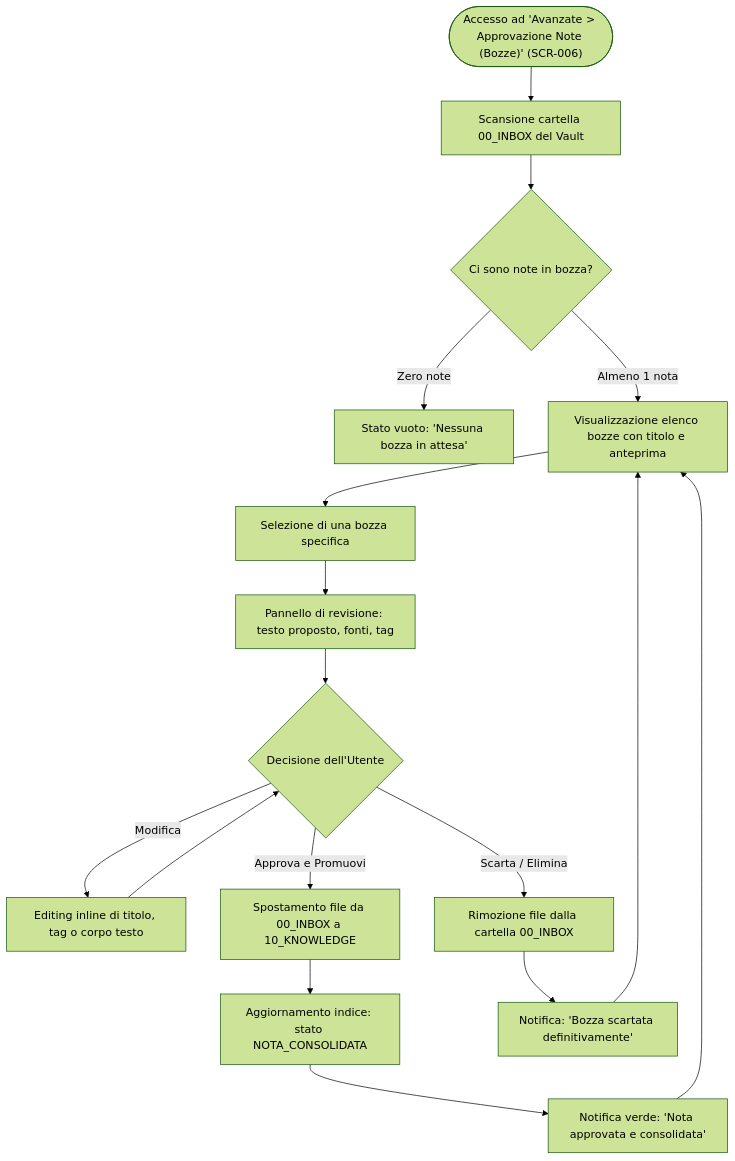
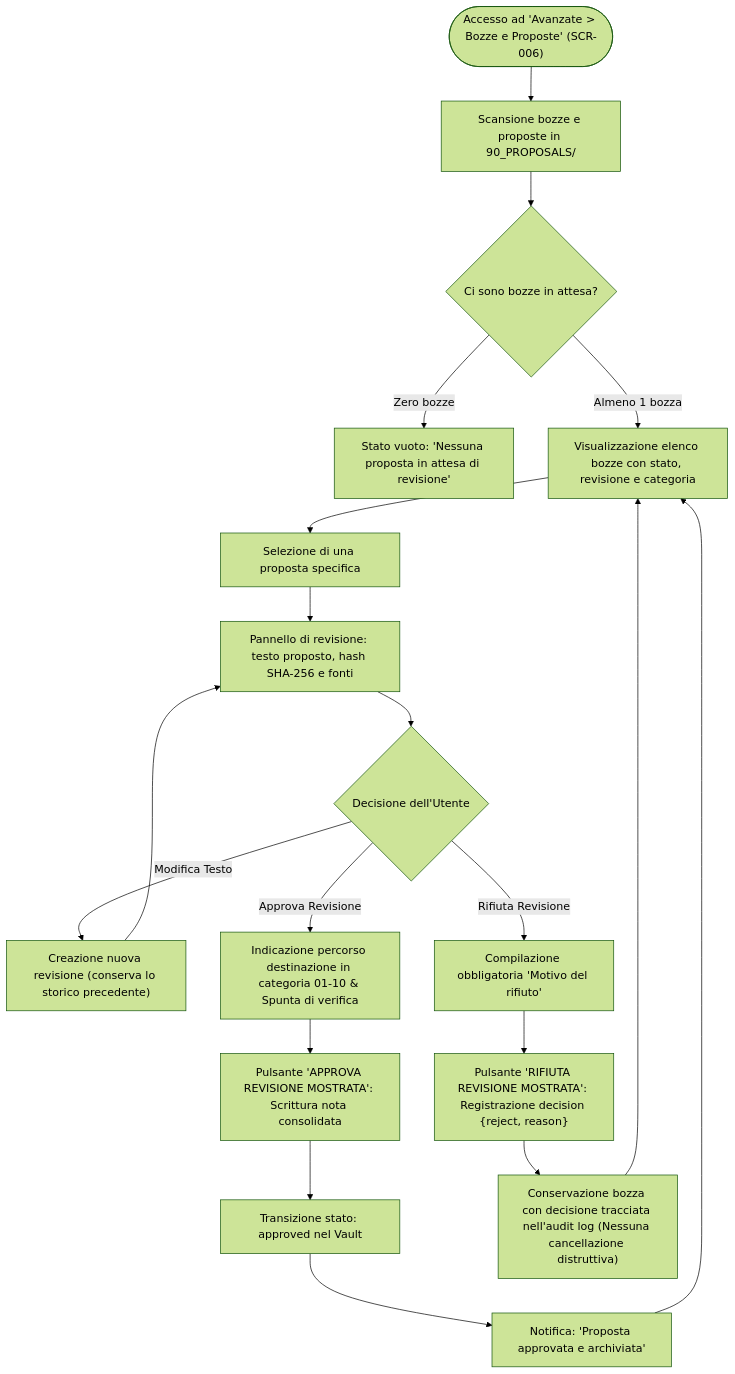
One commit to Arkai-Italia/Limen-vault changed the eighth of 18 diagrams in DOCUMENTATION_SOURCE_PACKAGE/10_EXPORT/ALL_MERMAID_SOURCES.md. Above: the diagram before and after it, drawn with Mermaid (forest theme). The commit also changed other lines of this file and 41 other files, not shown here.

````diff
--- a/DOCUMENTATION_SOURCE_PACKAGE/10_EXPORT/ALL_MERMAID_SOURCES.md
+++ b/DOCUMENTATION_SOURCE_PACKAGE/10_EXPORT/ALL_MERMAID_SOURCES.md
@@ -317,25 +315,27 @@
 ```mermaid
 graph TD
-    Trigger(["Accesso ad 'Avanzate > Approvazione Note (Bozze)' (SCR-006)"]) --> ScanInbox["Scansione cartella 00_INBOX del Vault"]
-    ScanInbox --> CheckCount{"Ci sono note in bozza?"}
-    
-    CheckCount -->|Zero note| EmptyInbox["Stato vuoto: 'Nessuna bozza in attesa'"]
-    CheckCount -->|Almeno 1 nota| ListDrafts["Visualizzazione elenco bozze con titolo e anteprima"]
+    Trigger(["Accesso ad 'Avanzate > Bozze e Proposte' (SCR-006)"]) --> ScanProposals["Scansione bozze e proposte in 90_PROPOSALS/"]
+    ScanProposals --> CheckCount{"Ci sono bozze in attesa?"}
 
-    ListDrafts --> SelectDraft["Selezione di una bozza specifica"]
-    SelectDraft --> InspectDraft["Pannello di revisione: testo proposto, fonti, tag"]
-    
-    InspectDraft --> Decision{"Decisione dell'Utente"}
-    
-    Decision -->|Modifica| EditMode["Editing inline di titolo, tag o corpo testo"]
-    EditMode --> Decision
+    CheckCount -->|Zero bozze| EmptyList["Stato vuoto: 'Nessuna proposta in attesa di revisione'"]
+    CheckCount -->|Almeno 1 bozza| ListProposals["Visualizzazione elenco bozze con stato, revisione e categoria"]
 
-    Decision -->|Approva e Promuovi| ApproveAction["Spostamento file da 00_INBOX a 10_KNOWLEDGE"]
-    ApproveAction --> UpdateDB["Aggiornamento indice: stato NOTA_CONSOLIDATA"]
-    UpdateDB --> ToastSuccess["Notifica verde: 'Nota approvata e consolidata'"]
-    ToastSuccess --> ListDrafts
+    ListProposals --> SelectProposal["Selezione di una proposta specifica"]
+    SelectProposal --> InspectProposal["Pannello di revisione: testo proposto, hash SHA-256 e fonti"]
 
-    Decision -->|Scarta / Elimina| RejectAction["Rimozione file dalla cartella 00_INBOX"]
-    RejectAction --> ToastDeleted["Notifica: 'Bozza scartata definitivamente'"]
-    ToastDeleted --> ListDrafts
+    InspectProposal --> Decision{"Decisione dell'Utente"}
+
+    Decision -->|Modifica Testo| EditRevision["Creazione nuova revisione (conserva lo storico precedente)"]
+    EditRevision --> InspectProposal
+
+    Decision -->|Approva Revisione| ApproveFlow["Indicazione percorso destinazione in categoria 01-10 & Spunta di verifica"]
+    ApproveFlow --> ApproveAction["Pulsante 'APPROVA REVISIONE MOSTRATA': Scrittura nota consolidata"]
+    ApproveAction --> UpdateStatus["Transizione stato: approved nel Vault"]
+    UpdateStatus --> ToastSuccess["Notifica: 'Proposta approvata e archiviata'"]
+    ToastSuccess --> ListProposals
+
+    Decision -->|Rifiuta Revisione| RejectFlow["Compilazione obbligatoria 'Motivo del rifiuto'"]
+    RejectFlow --> RejectAction["Pulsante 'RIFIUTA REVISIONE MOSTRATA': Registrazione decision {reject, reason}"]
+    RejectAction --> AuditTrail["Conservazione bozza con decisione tracciata nell'audit log (Nessuna cancellazione distruttiva)"]
+    AuditTrail --> ListProposals
 ```
````
